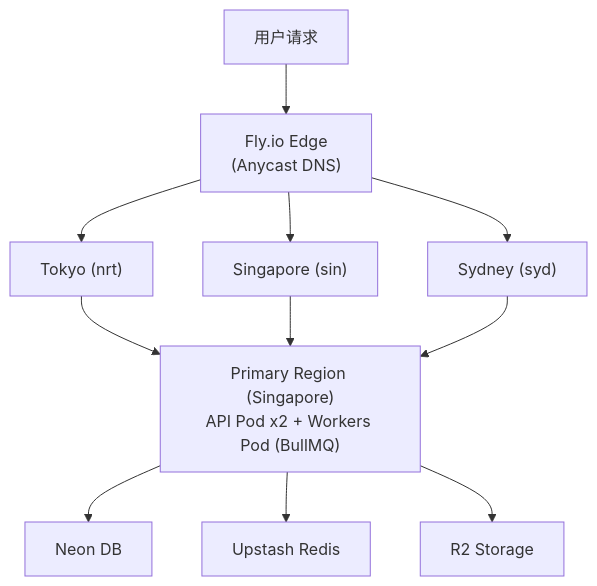
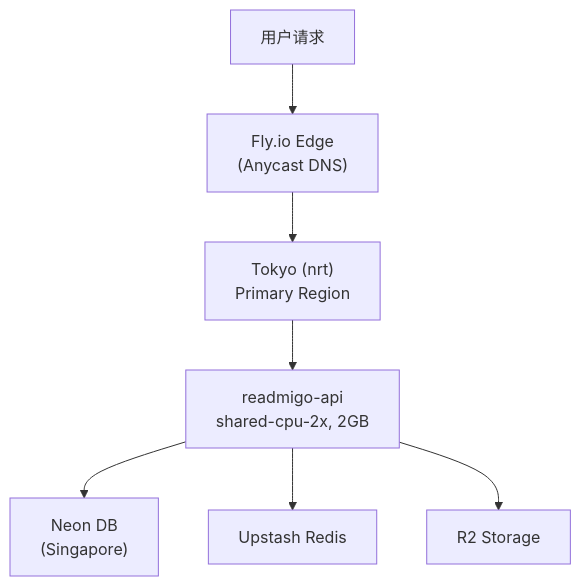
The first of 3 diagrams in 05-operations/deployment/services/fly-io.md (readmigo/docs), drawn with Mermaid before and after one commit. The commit also changed other lines of this file and 172 other files, not shown here.

````diff
--- a/05-operations/deployment/services/fly-io.md
+++ b/05-operations/deployment/services/fly-io.md
@@ -37,11 +26,9 @@
 ```mermaid
 graph TD
     A["用户请求"] --> B["Fly.io Edge<br>(Anycast DNS)"]
-    B --> C1["Tokyo (nrt)"]
-    B --> C2["Singapore (sin)"]
-    B --> C3["Sydney (syd)"]
-    C1 & C2 & C3 --> D["Primary Region (Singapore)<br>API Pod x2 + Workers Pod (BullMQ)"]
-    D --> E1["Neon DB"]
+    B --> C["Tokyo (nrt)<br>Primary Region"]
+    C --> D["readmigo-api<br>shared-cpu-2x, 2GB"]
+    D --> E1["Neon DB<br>(Singapore)"]
     D --> E2["Upstash Redis"]
     D --> E3["R2 Storage"]
 ```
````
